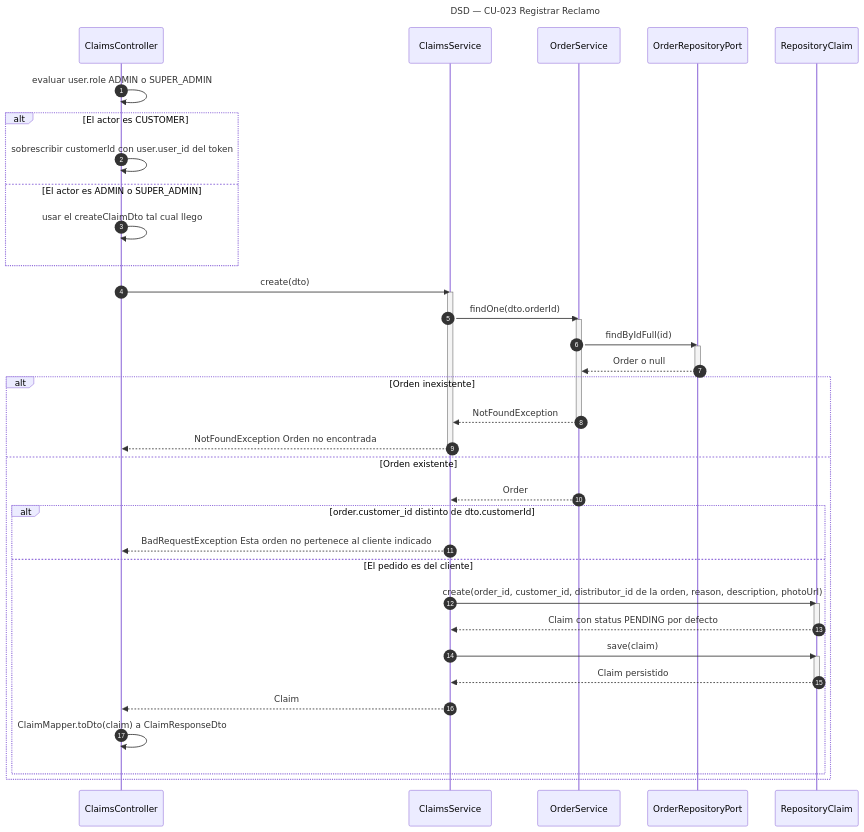
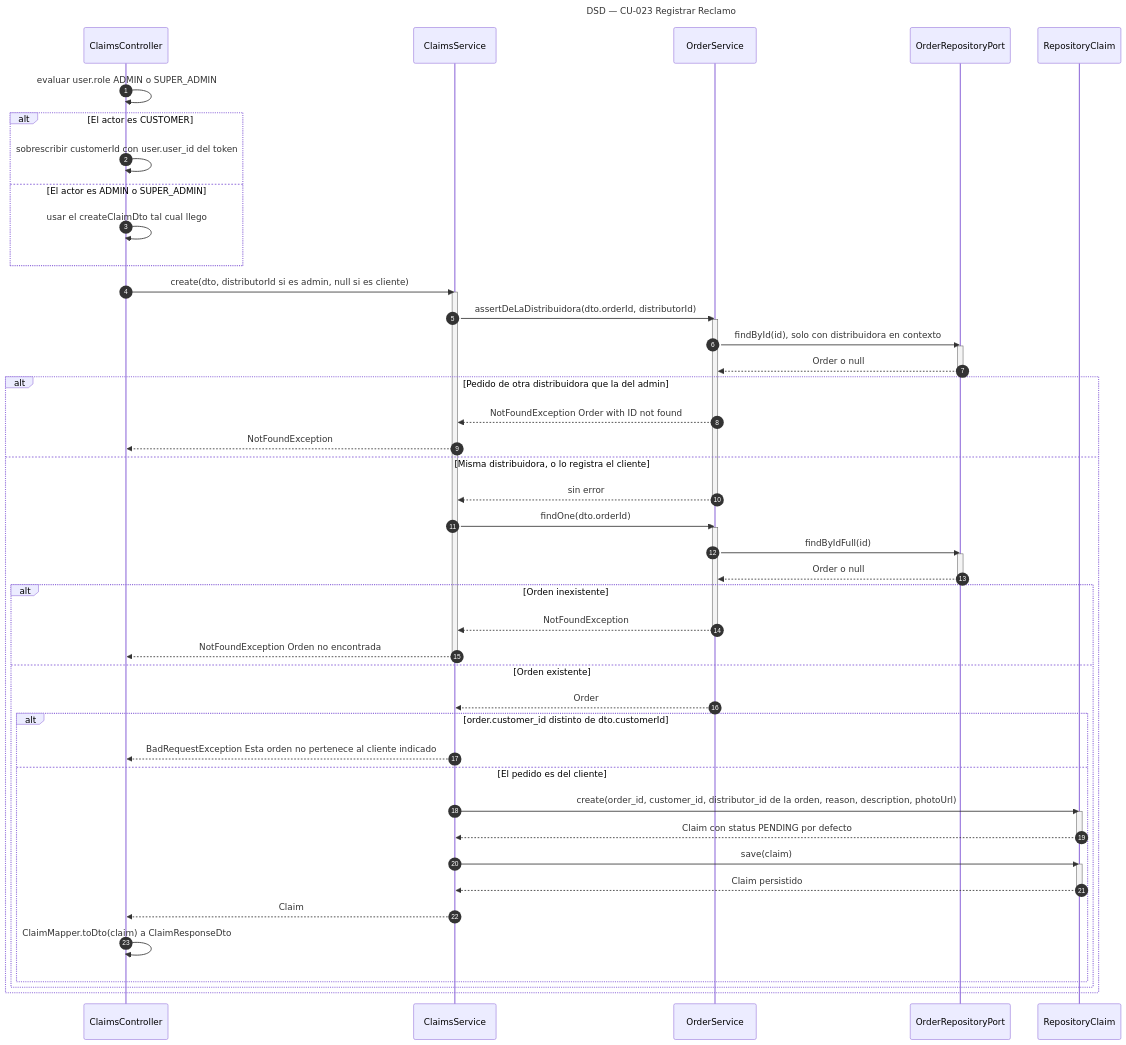
The diagram in diagramas/DSD_CU-023_Registrar-Reclamo.mmd (Nahuelito-Dev/splg-docs), drawn with Mermaid before and after one commit. The commit also changed 49 other files, not shown here.

```diff
--- a/diagramas/DSD_CU-023_Registrar-Reclamo.mmd
+++ b/diagramas/DSD_CU-023_Registrar-Reclamo.mmd
@@ -1,45 +1,58 @@
 sequenceDiagram
     title DSD — CU-023 Registrar Reclamo
     autonumber
     participant CTRL as ClaimsController
     participant SRV as ClaimsService
     participant OSRV as OrderService
     participant OREP as OrderRepositoryPort
     participant CREP as RepositoryClaim
 
     CTRL->>CTRL: evaluar user.role ADMIN o SUPER_ADMIN
     alt El actor es CUSTOMER
         CTRL->>CTRL: sobrescribir customerId con user.user_id del token
     else El actor es ADMIN o SUPER_ADMIN
         CTRL->>CTRL: usar el createClaimDto tal cual llego
     end
-    CTRL->>SRV: create(dto)
+    CTRL->>SRV: create(dto, distributorId si es admin, null si es cliente)
     activate SRV
-    SRV->>OSRV: findOne(dto.orderId)
+    SRV->>OSRV: assertDeLaDistribuidora(dto.orderId, distributorId)
     activate OSRV
-    OSRV->>OREP: findByIdFull(id)
+    OSRV->>OREP: findById(id), solo con distribuidora en contexto
     activate OREP
     OREP-->>OSRV: Order o null
     deactivate OREP
-    alt Orden inexistente
-        OSRV-->>SRV: NotFoundException
+    alt Pedido de otra distribuidora que la del admin
+        OSRV-->>SRV: NotFoundException Order with ID not found
+        SRV-->>CTRL: NotFoundException
+    else Misma distribuidora, o lo registra el cliente
+        OSRV-->>SRV: sin error
         deactivate OSRV
-        SRV-->>CTRL: NotFoundException Orden no encontrada
-        deactivate SRV
-    else Orden existente
-        OSRV-->>SRV: Order
-        alt order.customer_id distinto de dto.customerId
-            SRV-->>CTRL: BadRequestException Esta orden no pertenece al cliente indicado
-        else El pedido es del cliente
-            SRV->>CREP: create(order_id, customer_id, distributor_id de la orden, reason, description, photoUrl)
-            activate CREP
-            CREP-->>SRV: Claim con status PENDING por defecto
-            deactivate CREP
-            SRV->>CREP: save(claim)
-            activate CREP
-            CREP-->>SRV: Claim persistido
-            deactivate CREP
-            SRV-->>CTRL: Claim
-            CTRL->>CTRL: ClaimMapper.toDto(claim) a ClaimResponseDto
+        SRV->>OSRV: findOne(dto.orderId)
+        activate OSRV
+        OSRV->>OREP: findByIdFull(id)
+        activate OREP
+        OREP-->>OSRV: Order o null
+        deactivate OREP
+        alt Orden inexistente
+            OSRV-->>SRV: NotFoundException
+            deactivate OSRV
+            SRV-->>CTRL: NotFoundException Orden no encontrada
+            deactivate SRV
+        else Orden existente
+            OSRV-->>SRV: Order
+            alt order.customer_id distinto de dto.customerId
+                SRV-->>CTRL: BadRequestException Esta orden no pertenece al cliente indicado
+            else El pedido es del cliente
+                SRV->>CREP: create(order_id, customer_id, distributor_id de la orden, reason, description, photoUrl)
+                activate CREP
+                CREP-->>SRV: Claim con status PENDING por defecto
+                deactivate CREP
+                SRV->>CREP: save(claim)
+                activate CREP
+                CREP-->>SRV: Claim persistido
+                deactivate CREP
+                SRV-->>CTRL: Claim
+                CTRL->>CTRL: ClaimMapper.toDto(claim) a ClaimResponseDto
+            end
         end
     end
```
